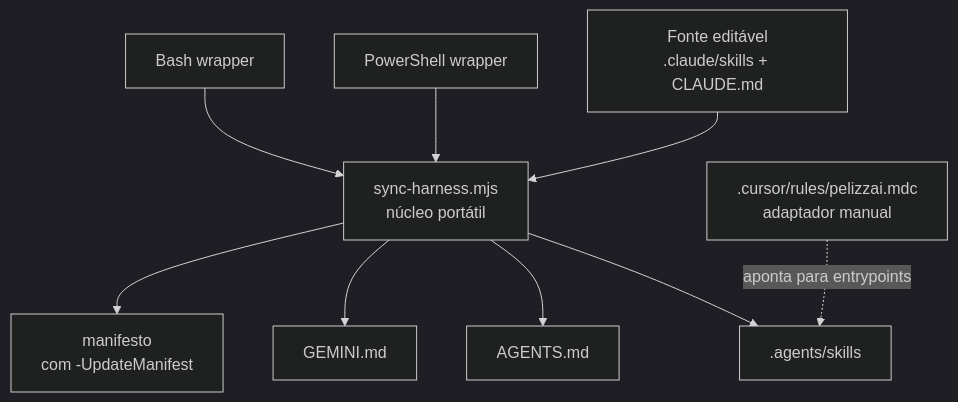
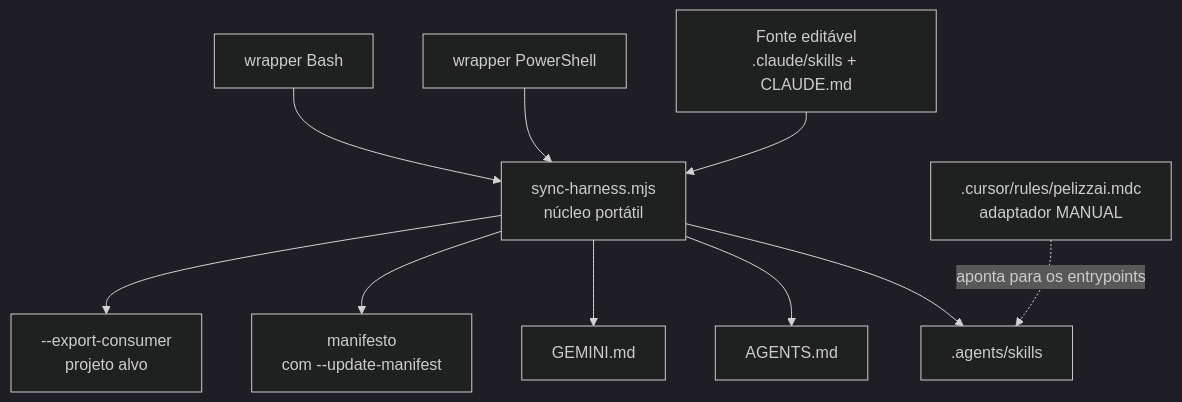
The eighth of 8 diagrams in README.md (rpelizza/PelizzAI), drawn with Mermaid (dark theme) before and after one commit. The commit also changed other lines of this file and 1 other file, not shown here.

````diff
--- a/README.md
+++ b/README.md
@@ -389,11 +417,12 @@
 ```mermaid
 flowchart TD
     SRC["Fonte editável<br/>.claude/skills + CLAUDE.md"] --> SYNC["sync-harness.mjs<br/>núcleo portátil"]
-    PS["PowerShell wrapper"] --> SYNC
-    SH["Bash wrapper"] --> SYNC
+    PS["wrapper PowerShell"] --> SYNC
+    SH["wrapper Bash"] --> SYNC
     SYNC --> AS[".agents/skills"]
     SYNC --> AG["AGENTS.md"]
     SYNC --> GE["GEMINI.md"]
-    SYNC --> MF["manifesto<br/>com -UpdateManifest"]
-    CUR[".cursor/rules/pelizzai.mdc<br/>adaptador manual"] -.->|aponta para entrypoints| AS
+    SYNC --> MF["manifesto<br/>com --update-manifest"]
+    SYNC --> EXP["--export-consumer<br/>projeto alvo"]
+    CUR[".cursor/rules/pelizzai.mdc<br/>adaptador MANUAL"] -.->|aponta para os entrypoints| AS
 ```
````
